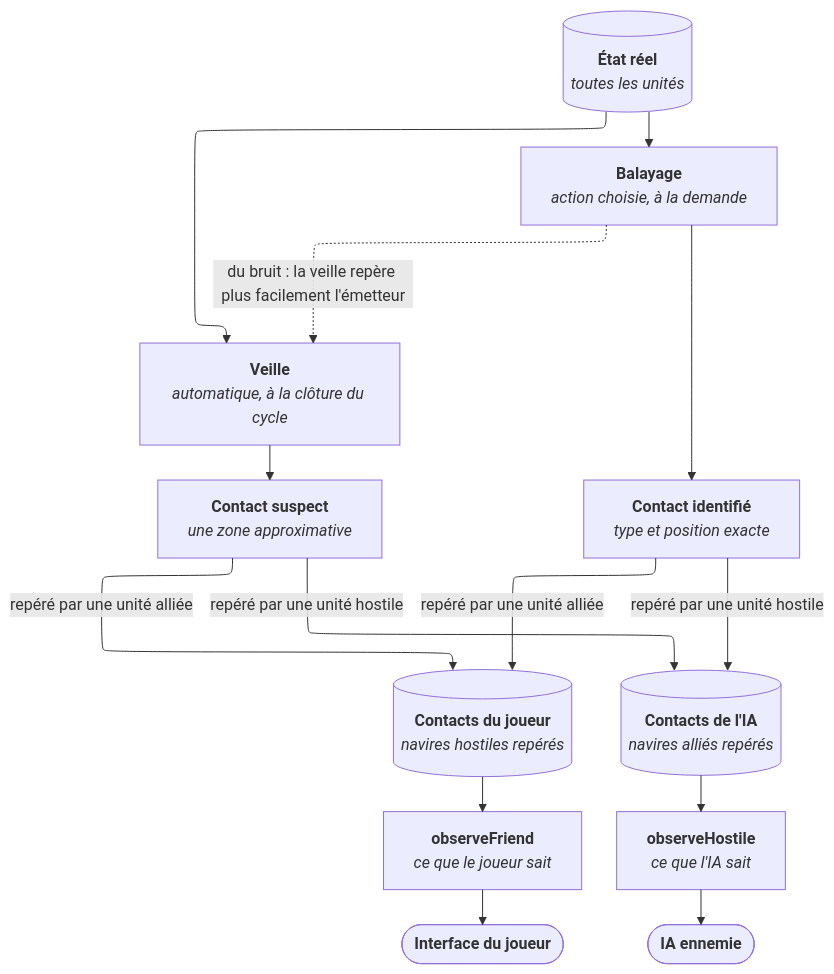
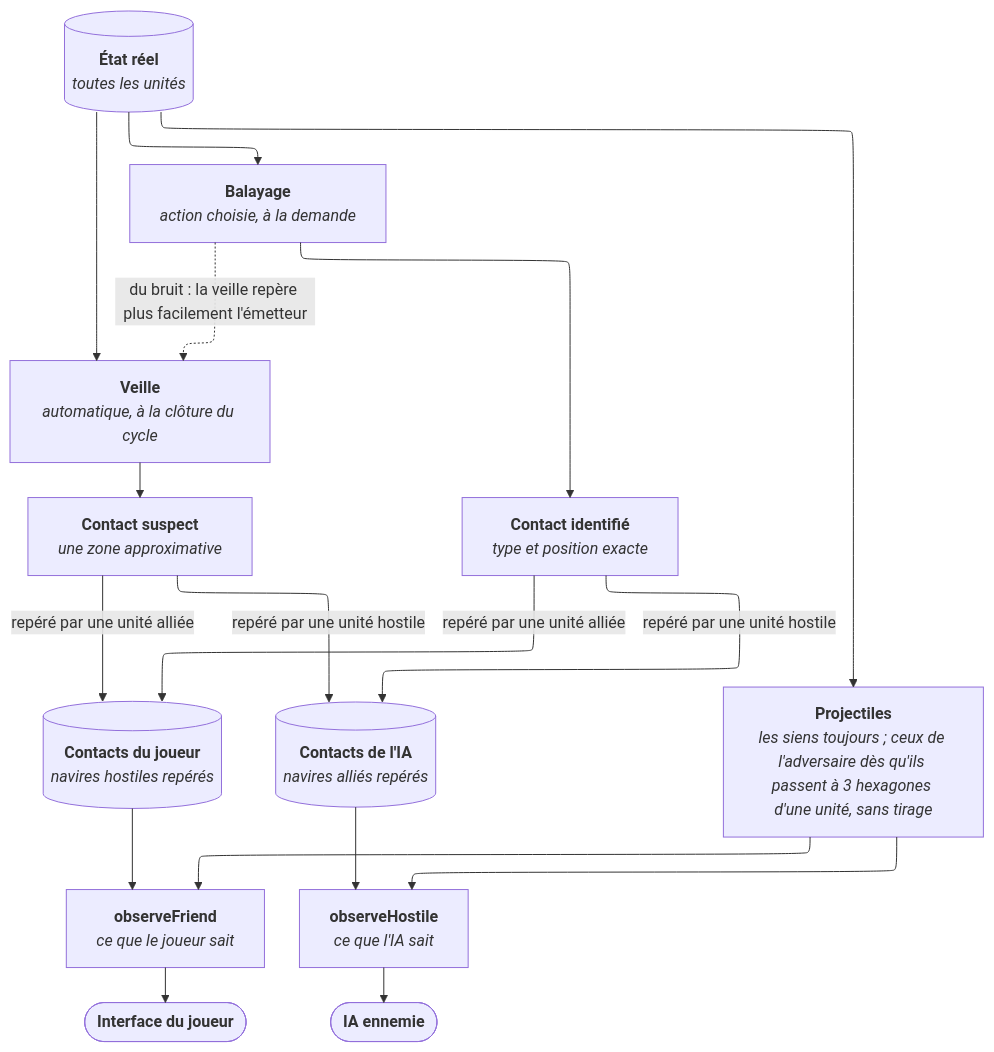
One commit to peangoulvant/Tacticoop changed the diagram in docs/diagrams/06-detection.md. Above: the diagram before and after it, drawn with Mermaid. The commit also changed other lines of this file and 29 other files, not shown here.

First line of the commit message:
Combat, lot 1 (moteur) : tests, documents, diagrammes et traçabilité

````diff
--- a/docs/diagrams/06-detection.md
+++ b/docs/diagrams/06-detection.md
@@ -6,35 +6,39 @@
 ```mermaid
 ---
 config:
   layout: elk
   theme: default
   look: classic
 ---
 flowchart TB
     reel[("`**État réel**<br>*toutes les unités*`")]:::ext
 
     veille["`**Veille**<br>*automatique, à la clôture du cycle*`"]:::ui
     balayage["`**Balayage**<br>*action choisie, à la demande*`"]:::ui
 
     suspect["`**Contact suspect**<br>*une zone approximative*`"]:::ui
     identifie["`**Contact identifié**<br>*type et position exacte*`"]:::ui
 
     amis[("`**Contacts du joueur**<br>*navires hostiles repérés*`")]:::ui
     hostiles[("`**Contacts de l'IA**<br>*navires alliés repérés*`")]:::ui
 
     vueAmie["`**observeFriend**<br>*ce que le joueur sait*`"]:::ui
     vueHostile["`**observeHostile**<br>*ce que l'IA sait*`"]:::ui
 
+    projectiles["`**Projectiles**<br>*les siens toujours ; ceux de l'adversaire dès qu'ils passent à 3 hexagones d'une unité, sans tirage*`"]:::ui
+
     ecran(["`**Interface du joueur**`"]):::ext
     ia(["`**IA ennemie**`"]):::ext
 
     reel --> veille --> suspect
     reel --> balayage --> identifie
     balayage -.->|"du bruit : la veille repère plus facilement l'émetteur"| veille
     suspect -->|"repéré par une unité alliée"| amis
     suspect -->|"repéré par une unité hostile"| hostiles
     identifie -->|"repéré par une unité alliée"| amis
     identifie -->|"repéré par une unité hostile"| hostiles
+    reel --> projectiles
+    projectiles --> vueAmie & vueHostile
     amis --> vueAmie --> ecran
     hostiles --> vueHostile --> ia
 ```
````
